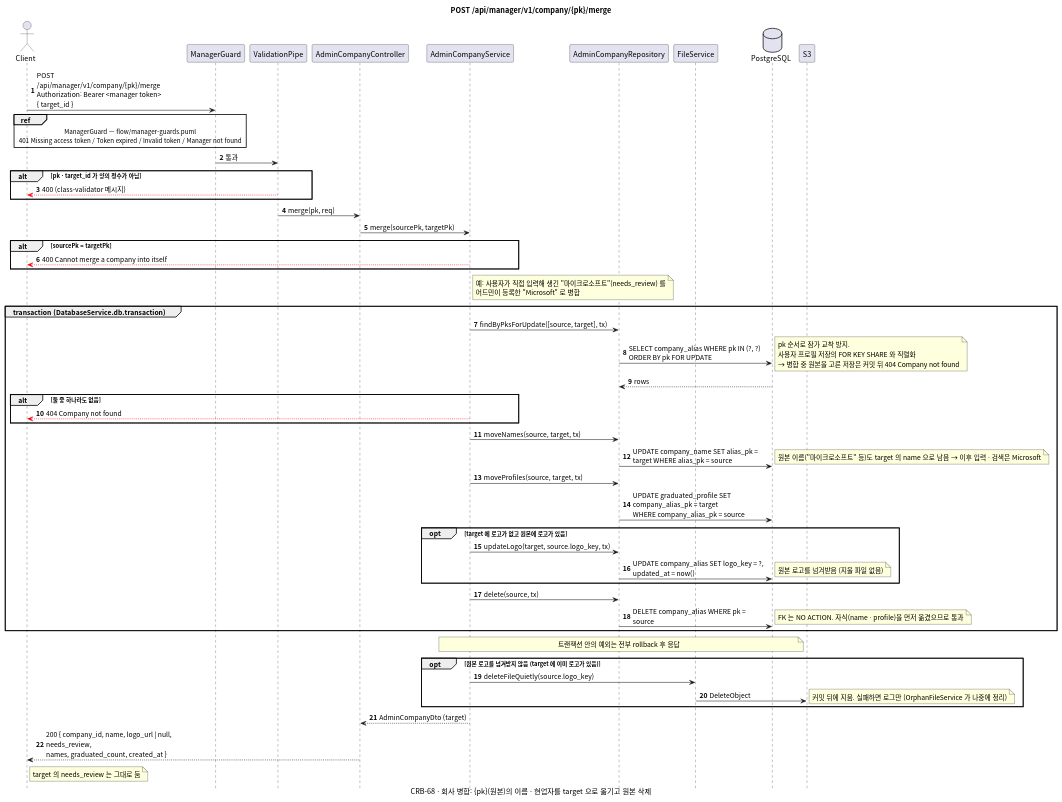
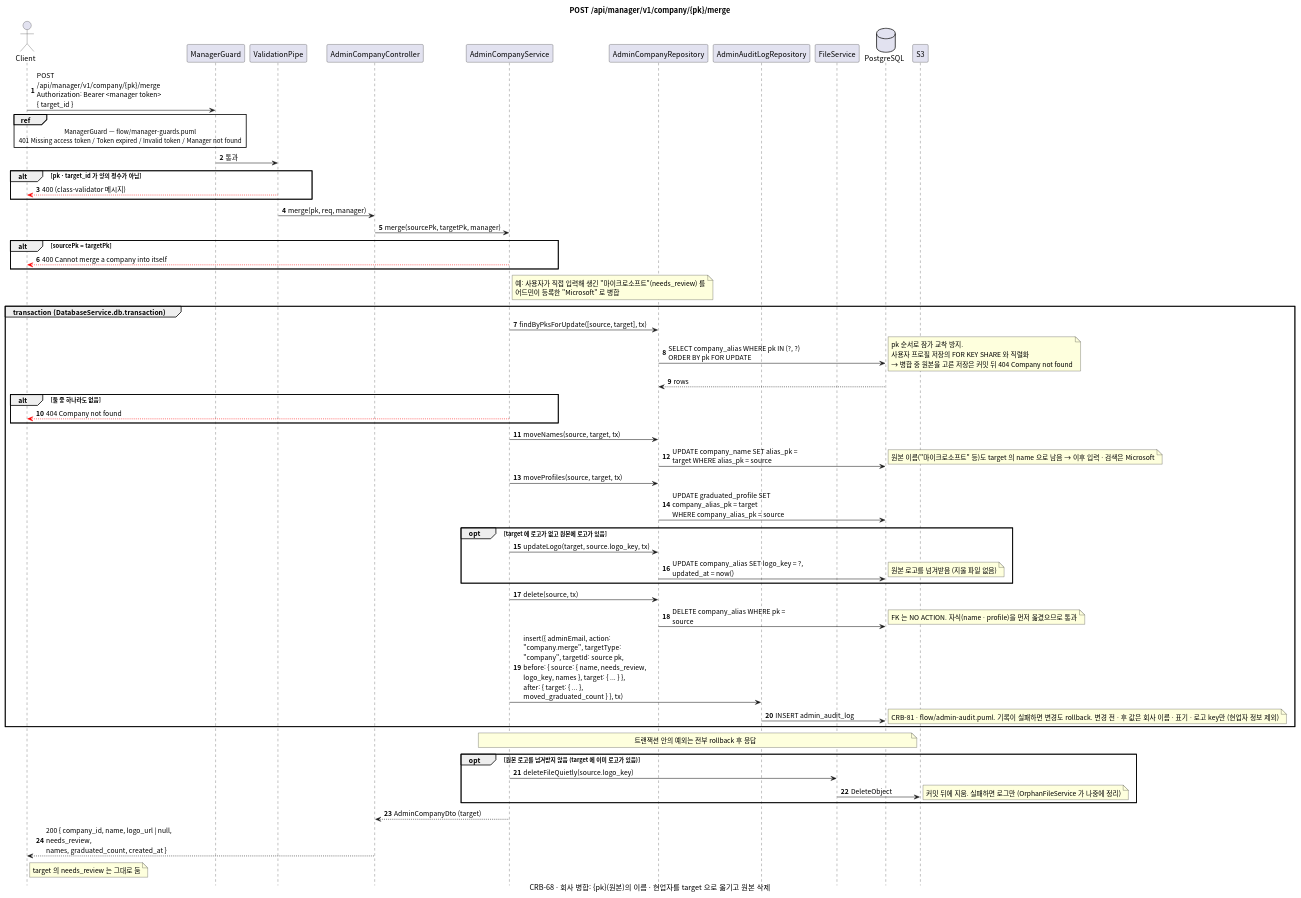
Before and after one commit to gsainfoteam/cheers-be: the diagram in docs/sequence/manager/post-company-pk-merge.puml, drawn with PlantUML. The commit also changed 88 other files, not shown here.

Commit message:
- feat: 어드민 변경 감사 로그(admin_audit_log, 변경 전·후 값)와 접근 로그 · 감사 로그 조회 API

```diff
--- a/docs/sequence/manager/post-company-pk-merge.puml
+++ b/docs/sequence/manager/post-company-pk-merge.puml
@@ -1,81 +1,85 @@
 @startuml post-manager-company-pk-merge
 skinparam defaultFontName "Apple SD Gothic Neo", "Noto Sans CJK KR", sans-serif
 skinparam responseMessageBelowArrow true
 skinparam sequenceMessageAlign left
 skinparam maxMessageSize 260
 skinparam BoxPadding 8
 skinparam shadowing false
 autonumber
 hide footbox
 
 title POST /api/manager/v1/company/{pk}/merge
 caption CRB-68 · 회사 병합: {pk}(원본)의 이름 · 현업자를 target 으로 옮기고 원본 삭제
 
 actor Client
 participant "ManagerGuard" as Guard
 participant "ValidationPipe" as Pipe
 participant "AdminCompanyController" as Controller
 participant "AdminCompanyService" as Service
 participant "AdminCompanyRepository" as AdminCompanyRepository
+participant "AdminAuditLogRepository" as AdminAuditLogRepository
 participant "FileService" as FileService
 database PostgreSQL
 participant "S3"
 
 Client -> Guard: POST /api/manager/v1/company/{pk}/merge\nAuthorization: Bearer <manager token>\n{ target_id }
 ref over Client, Guard: ManagerGuard — flow/manager-guards.puml\n401 Missing access token / Token expired / Invalid token / Manager not found
 Guard -> Pipe: 통과
 alt pk · target_id 가 양의 정수가 아님
   Pipe -[#red]-> Client: 400 (class-validator 메시지)
 end
-Pipe -> Controller: merge(pk, req)
-Controller -> Service: merge(sourcePk, targetPk)
+Pipe -> Controller: merge(pk, req, manager)
+Controller -> Service: merge(sourcePk, targetPk, manager)
 alt sourcePk = targetPk
   Service -[#red]-> Client: 400 Cannot merge a company into itself
 end
 note right of Service
   예: 사용자가 직접 입력해 생긴 "마이크로소프트"(needs_review) 를
   어드민이 등록한 "Microsoft" 로 병합
 end note
 
 group transaction (DatabaseService.db.transaction)
   Service -> AdminCompanyRepository: findByPksForUpdate([source, target], tx)
   AdminCompanyRepository -> PostgreSQL: SELECT company_alias WHERE pk IN (?, ?)\nORDER BY pk FOR UPDATE
   note right
     pk 순서로 잠가 교착 방지.
     사용자 프로필 저장의 FOR KEY SHARE 와 직렬화
     → 병합 중 원본을 고른 저장은 커밋 뒤 404 Company not found
   end note
   PostgreSQL --> AdminCompanyRepository: rows
   alt 둘 중 하나라도 없음
     Service -[#red]-> Client: 404 Company not found
   end
 
   Service -> AdminCompanyRepository: moveNames(source, target, tx)
   AdminCompanyRepository -> PostgreSQL: UPDATE company_name SET alias_pk = target WHERE alias_pk = source
   note right: 원본 이름("마이크로소프트" 등)도 target 의 name 으로 남음 → 이후 입력 · 검색은 Microsoft
   Service -> AdminCompanyRepository: moveProfiles(source, target, tx)
   AdminCompanyRepository -> PostgreSQL: UPDATE graduated_profile SET company_alias_pk = target\nWHERE company_alias_pk = source
 
   opt target 에 로고가 없고 원본에 로고가 있음
     Service -> AdminCompanyRepository: updateLogo(target, source.logo_key, tx)
     AdminCompanyRepository -> PostgreSQL: UPDATE company_alias SET logo_key = ?, updated_at = now()
     note right: 원본 로고를 넘겨받음 (지울 파일 없음)
   end
 
   Service -> AdminCompanyRepository: delete(source, tx)
   AdminCompanyRepository -> PostgreSQL: DELETE company_alias WHERE pk = source
   note right: FK 는 NO ACTION. 자식(name · profile)을 먼저 옮겼으므로 통과
+  Service -> AdminAuditLogRepository: insert({ adminEmail, action: "company.merge", targetType: "company", targetId: source pk,\nbefore: { source: { name, needs_review, logo_key, names }, target: { ... } },\nafter: { target: { ... }, moved_graduated_count } }, tx)
+  AdminAuditLogRepository -> PostgreSQL: INSERT admin_audit_log
+  note right: CRB-81 · flow/admin-audit.puml. 기록이 실패하면 변경도 rollback. 변경 전 · 후 값은 회사 이름 · 표기 · 로고 key만 (현업자 정보 제외)
 end
 note over Service, PostgreSQL: 트랜잭션 안의 예외는 전부 rollback 후 응답
 
 opt 원본 로고를 넘겨받지 않음 (target 에 이미 로고가 있음)
   Service -> FileService: deleteFileQuietly(source.logo_key)
   FileService -> S3: DeleteObject
   note right: 커밋 뒤에 지움. 실패하면 로그만 (OrphanFileService 가 나중에 정리)
 end
 
 Service --> Controller: AdminCompanyDto (target)
 Controller --> Client: 200 { company_id, name, logo_url | null, needs_review,\nnames, graduated_count, created_at }
 note right of Client: target 의 needs_review 는 그대로 둠
 
 @enduml
```
